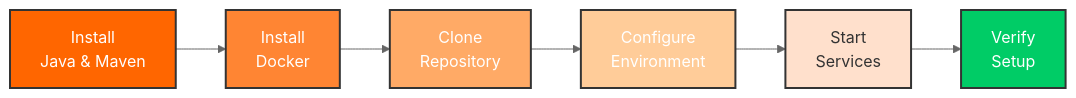
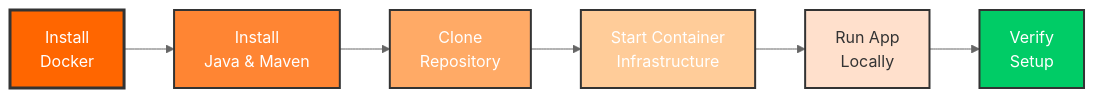
One commit to stratpoint-daniel-eullo/kafka-training changed the diagram in docs/getting-started/installation.md. Above: the diagram before and after it, drawn with Mermaid (neutral theme). The commit also changed other lines of this file and 13 other files, not shown here.

````diff
--- a/docs/getting-started/installation.md
+++ b/docs/getting-started/installation.md
@@ -7,15 +10,15 @@
 ```mermaid
 graph LR
-    A[Install<br/>Java & Maven] --> B[Install<br/>Docker]
+    A[Install<br/>Docker] --> B[Install<br/>Java & Maven]
     B --> C[Clone<br/>Repository]
-    C --> D[Configure<br/>Environment]
-    D --> E[Start<br/>Services]
+    C --> D[Start Container<br/>Infrastructure]
+    D --> E[Run App<br/>Locally]
     E --> F[Verify<br/>Setup]
 
-    style A fill:#ff6600,stroke:#333,stroke-width:2px,color:#fff
+    style A fill:#ff6600,stroke:#333,stroke-width:3px,color:#fff
     style B fill:#ff8533,stroke:#333,stroke-width:2px,color:#fff
     style C fill:#ffaa66,stroke:#333,stroke-width:2px,color:#fff
     style D fill:#ffcc99,stroke:#333,stroke-width:2px,color:#fff
     style E fill:#ffe0cc,stroke:#333,stroke-width:2px,color:#333
     style F fill:#00cc66,stroke:#333,stroke-width:2px,color:#fff
 ```
````
